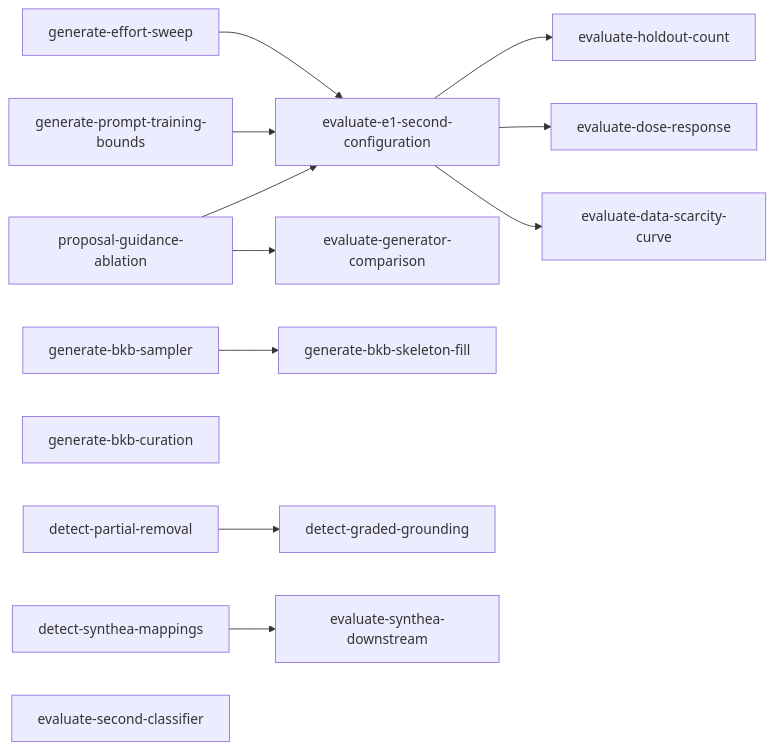
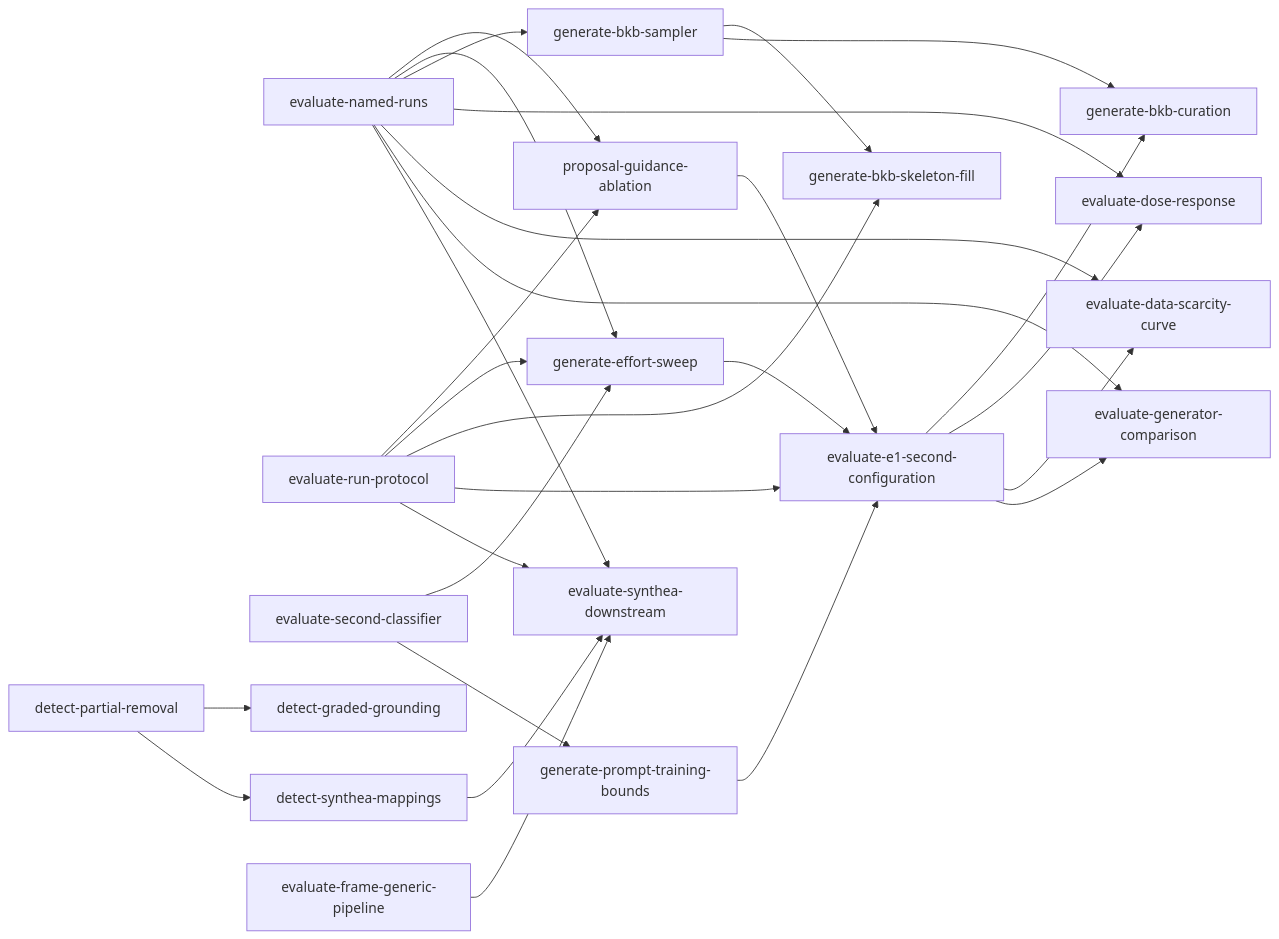
The diagram in tasks/experiments-index.md (joe-dartmouth/synthetic), drawn with Mermaid before and after one commit. The commit also changed other lines of this file and 23 other files, not shown here.

````diff
--- a/tasks/experiments-index.md
+++ b/tasks/experiments-index.md
@@ -44,15 +55,30 @@
 ```mermaid
 flowchart LR
+    named_runs[evaluate-named-runs] --> guidance_ablation[proposal-guidance-ablation]
+    run_protocol[evaluate-run-protocol] --> guidance_ablation[proposal-guidance-ablation]
+    named_runs[evaluate-named-runs] --> effort_sweep[generate-effort-sweep]
+    run_protocol[evaluate-run-protocol] --> effort_sweep[generate-effort-sweep]
+    second_classifier[evaluate-second-classifier] --> effort_sweep[generate-effort-sweep]
+    second_classifier[evaluate-second-classifier] --> prompt_bounds[generate-prompt-training-bounds]
+    named_runs[evaluate-named-runs] --> bkb_sampler[generate-bkb-sampler]
+    bkb_sampler[generate-bkb-sampler] --> skeleton_fill[generate-bkb-skeleton-fill]
+    run_protocol[evaluate-run-protocol] --> skeleton_fill[generate-bkb-skeleton-fill]
+    bkb_sampler[generate-bkb-sampler] --> bkb_curation[generate-bkb-curation]
+    e1_second[evaluate-e1-second-configuration] --> bkb_curation[generate-bkb-curation]
+    partial_removal[detect-partial-removal] --> graded_grounding[detect-graded-grounding]
+    partial_removal[detect-partial-removal] --> synthea_mappings[detect-synthea-mappings]
     guidance_ablation[proposal-guidance-ablation] --> e1_second[evaluate-e1-second-configuration]
     prompt_bounds[generate-prompt-training-bounds] --> e1_second[evaluate-e1-second-configuration]
     effort_sweep[generate-effort-sweep] --> e1_second[evaluate-e1-second-configuration]
-    e1_second[evaluate-e1-second-configuration] --> holdout_count[evaluate-holdout-count]
+    run_protocol[evaluate-run-protocol] --> e1_second[evaluate-e1-second-configuration]
     e1_second[evaluate-e1-second-configuration] --> dose_response[evaluate-dose-response]
+    named_runs[evaluate-named-runs] --> dose_response[evaluate-dose-response]
     e1_second[evaluate-e1-second-configuration] --> scarcity_curve[evaluate-data-scarcity-curve]
-    guidance_ablation[proposal-guidance-ablation] --> generator_comparison[evaluate-generator-comparison]
-    bkb_sampler[generate-bkb-sampler] --> skeleton_fill[generate-bkb-skeleton-fill]
-    bkb_curation[generate-bkb-curation]
-    partial_removal[detect-partial-removal] --> graded_grounding[detect-graded-grounding]
+    named_runs[evaluate-named-runs] --> scarcity_curve[evaluate-data-scarcity-curve]
+    e1_second[evaluate-e1-second-configuration] --> generator_comparison[evaluate-generator-comparison]
+    named_runs[evaluate-named-runs] --> generator_comparison[evaluate-generator-comparison]
     synthea_mappings[detect-synthea-mappings] --> synthea_downstream[evaluate-synthea-downstream]
-    second_classifier[evaluate-second-classifier]
+    frame_generic[evaluate-frame-generic-pipeline] --> synthea_downstream[evaluate-synthea-downstream]
+    named_runs[evaluate-named-runs] --> synthea_downstream[evaluate-synthea-downstream]
+    run_protocol[evaluate-run-protocol] --> synthea_downstream[evaluate-synthea-downstream]
 ```
````
